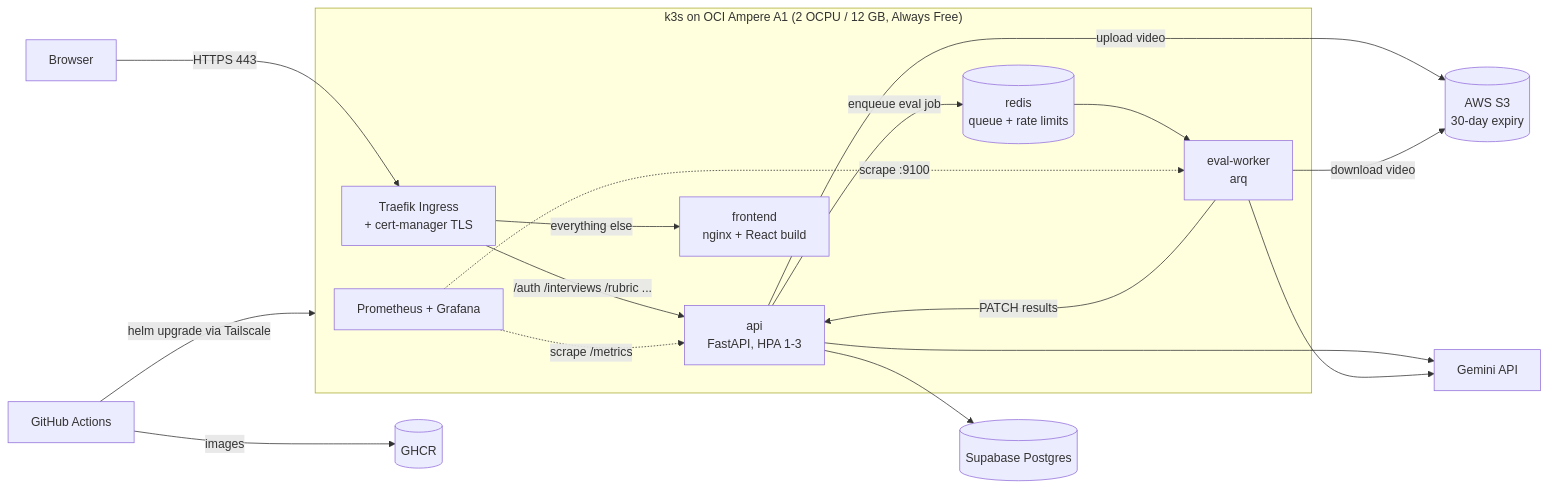
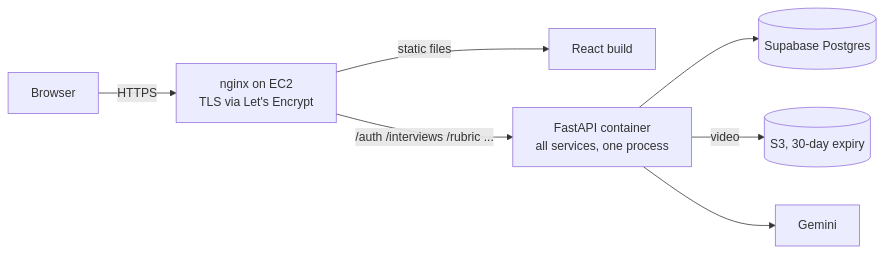
One commit to pramodlv007/MockMate changed the diagram in README.md. Above: the diagram before and after it, drawn with Mermaid. The commit also changed other lines of this file and 3 other files, not shown here.

````diff
--- a/README.md
+++ b/README.md
@@ -77,20 +75,9 @@
 ```mermaid
 flowchart LR
-    U[Browser] -->|HTTPS 443| T[Traefik Ingress<br/>+ cert-manager TLS]
-    subgraph k3s["k3s on OCI Ampere A1 (2 OCPU / 12 GB, Always Free)"]
-        T -->|"/auth /interviews /rubric ..."| API[api<br/>FastAPI, HPA 1-3]
-        T -->|everything else| FE[frontend<br/>nginx + React build]
-        API -->|enqueue eval job| R[(redis<br/>queue + rate limits)]
-        R --> W[eval-worker<br/>arq]
-        W -->|PATCH results| API
-        P[Prometheus + Grafana] -.scrape /metrics.-> API
-        P -.scrape :9100.-> W
-    end
+    U[Browser] -->|HTTPS| N[nginx on EC2<br/>TLS via Let's Encrypt]
+    N -->|static files| FE[React build]
+    N -->|"/auth /interviews /rubric ..."| API[FastAPI container<br/>all services, one process]
     API --> DB[(Supabase Postgres)]
-    API -->|upload video| S3[(AWS S3<br/>30-day expiry)]
-    W -->|download video| S3
-    API --> G[Gemini API]
-    W --> G
-    CI[GitHub Actions] -->|images| GHCR[(GHCR)]
-    CI -->|helm upgrade via Tailscale| k3s
+    API -->|video| S3[(S3, 30-day expiry)]
+    API --> G[Gemini]
 ```
````
